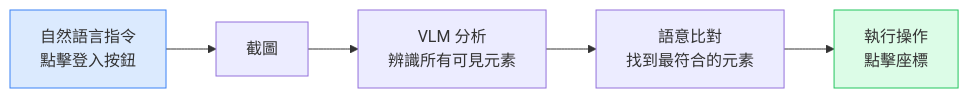
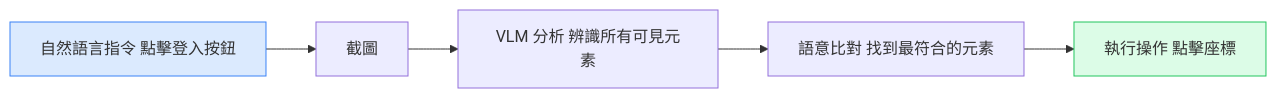
One commit to jimmyhong065/jimmy-hong-portfolio changed the diagram in docs/drafts/vision-ai-mobile-testing.md. Above: the diagram before and after it, drawn with Mermaid. The commit also changed 28 other files, not shown here.

````diff
--- a/docs/drafts/vision-ai-mobile-testing.md
+++ b/docs/drafts/vision-ai-mobile-testing.md
@@ -63,9 +63,9 @@
 ```mermaid
 flowchart LR
-    A["自然語言指令\n點擊登入按鈕"] --> B["截圖"]
-    B --> C["VLM 分析\n辨識所有可見元素"]
-    C --> D["語意比對\n找到最符合的元素"]
-    D --> E["執行操作\n點擊座標"]
+    A[自然語言指令 點擊登入按鈕] --> B[截圖]
+    B --> C[VLM 分析 辨識所有可見元素]
+    C --> D[語意比對 找到最符合的元素]
+    D --> E[執行操作 點擊座標]
     style A fill:#dbeafe,stroke:#3b82f6
     style E fill:#dcfce7,stroke:#22c55e
 ```
````
